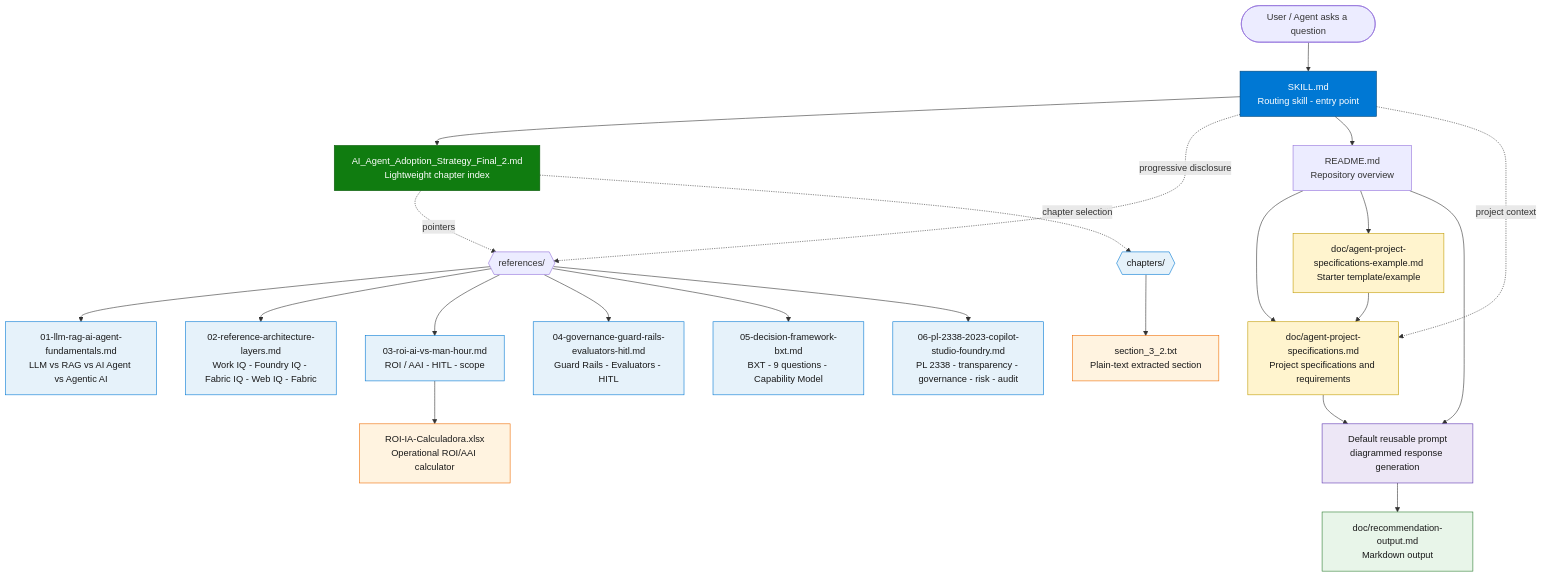
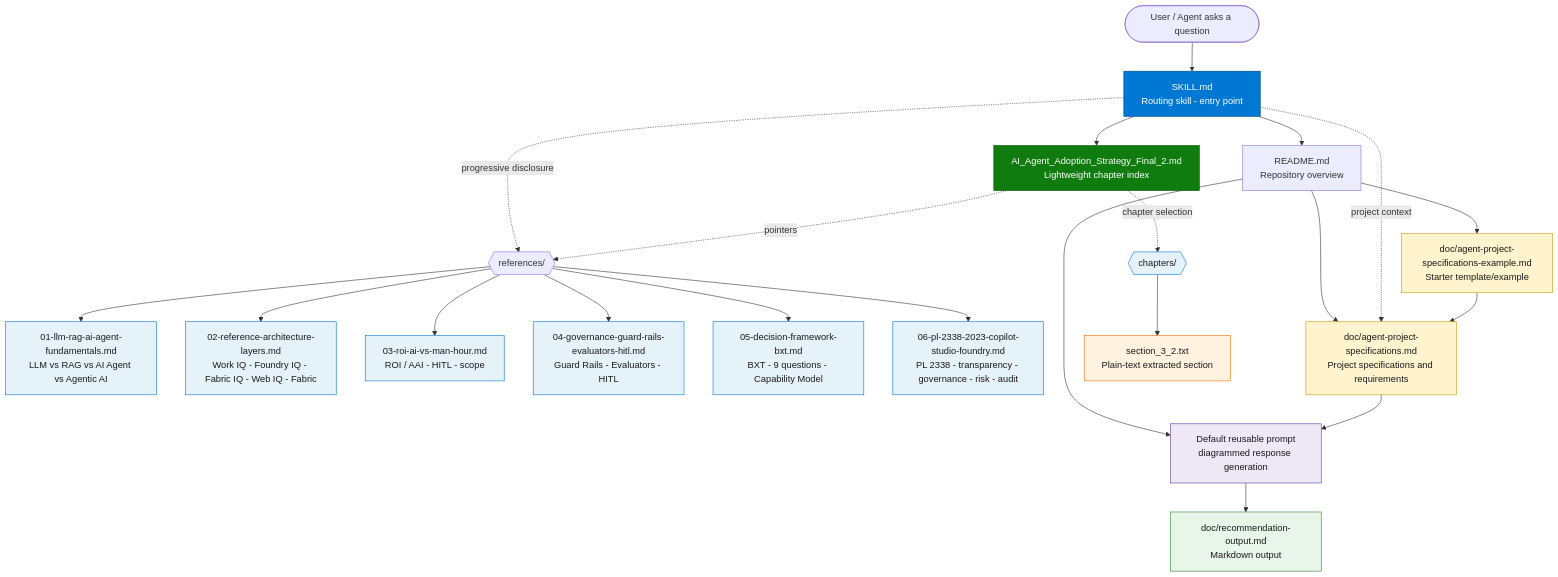
The first of 2 diagrams in README.md (fabioharams/hubsp-ai-skill), drawn with Mermaid before and after one commit. The commit also changed other lines of this file, not shown here.

````diff
--- a/README.md
+++ b/README.md
@@ -41,42 +45,41 @@
 ```mermaid
 graph TD
     USER([User / Agent asks a question]) --> SKILL[SKILL.md<br/>Routing skill - entry point]
    SKILL --> CANON[AI_Agent_Adoption_Strategy_Final_2.md<br/>Lightweight chapter index]
 
     SKILL -. progressive disclosure .-> REF{{references/}}
     CANON -. pointers .-> REF
    CANON -. chapter selection .-> CHAPTERS{{chapters/}}
 
       REF --> R1[01-llm-rag-ai-agent-fundamentals.md<br/>LLM vs RAG vs AI Agent vs Agentic AI]
       REF --> R2[02-reference-architecture-layers.md<br/>Work IQ - Foundry IQ - Fabric IQ - Web IQ - Fabric]
       REF --> R3[03-roi-ai-vs-man-hour.md<br/>ROI / AAI - HITL - scope]
       REF --> R4[04-governance-guard-rails-evaluators-hitl.md<br/>Guard Rails - Evaluators - HITL]
       REF --> R5[05-decision-framework-bxt.md<br/>BXT - 9 questions - Capability Model]
       REF --> R6[06-pl-2338-2023-copilot-studio-foundry.md<br/>PL 2338 - transparency - governance - risk - audit]
 
     SKILL --> README[README.md<br/>Repository overview]
    README --> DOC[doc/agent-project-specifications.md<br/>Project specifications and requirements]
    README --> DOCEX[doc/agent-project-specifications-example.md<br/>Starter template/example]
    SKILL -. project context .-> DOC
    DOCEX --> DOC
    README --> PROMPT[Default reusable prompt<br/>diagrammed response generation]
    DOC --> PROMPT
    PROMPT --> OUTMD[doc/recommendation-output.md<br/>Markdown output]
-   R3 --> XLSX[ROI-IA-Calculadora.xlsx<br/>Operational ROI/AAI calculator]
    CHAPTERS --> TXT[section_3_2.txt<br/>Plain-text extracted section]
 
     classDef entry fill:#0078D4,stroke:#004578,color:#fff;
     classDef canon fill:#107C10,stroke:#0B5A0B,color:#fff;
     classDef ref fill:#E6F2FA,stroke:#0078D4,color:#1a1a1a;
    classDef doc fill:#FFF4CE,stroke:#C19C00,color:#1a1a1a;
    classDef prompt fill:#EDE7F6,stroke:#5E35B1,color:#1a1a1a;
    classDef output fill:#E8F5E9,stroke:#2E7D32,color:#1a1a1a;
    classDef artifact fill:#FFF3E0,stroke:#EF6C00,color:#1a1a1a;
     class SKILL entry;
     class CANON canon;
    class R1,R2,R3,R4,R5,R6,CHAPTERS ref;
    class DOC,DOCEX doc;
    class PROMPT prompt;
    class OUTMD output;
-   class XLSX,TXT artifact;
+   class TXT artifact;
 ```
````
